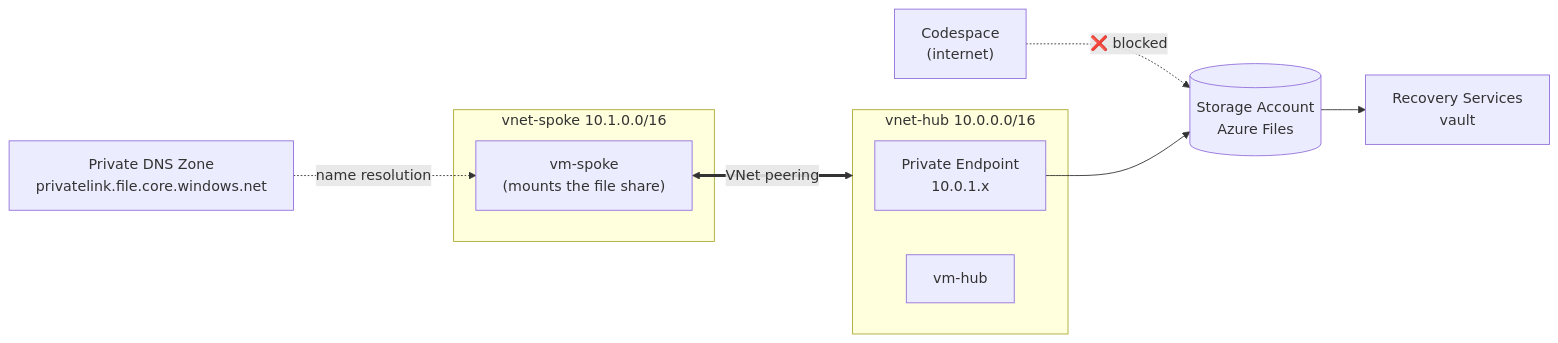
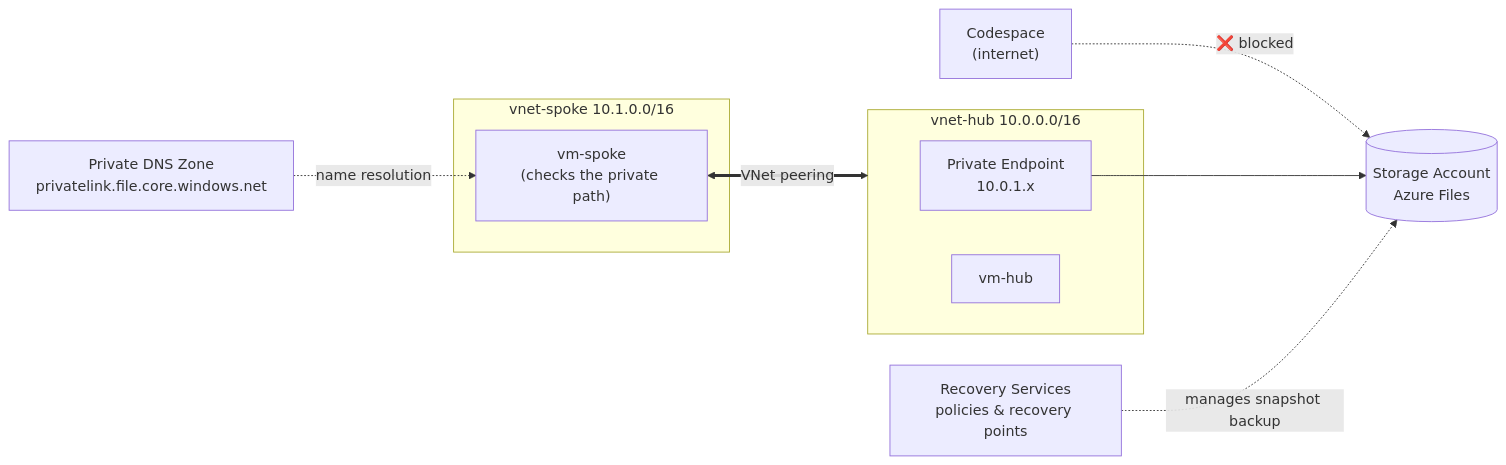
Before and after one commit to Taeyangmoon/azure-private-net-data-lab: the diagram in README.en.md, drawn with Mermaid. The commit also changed other lines of this file and 21 other files, not shown here.

````diff
--- a/README.en.md
+++ b/README.en.md
@@ -14,15 +16,15 @@
 ```mermaid
 flowchart LR
   CS["Codespace<br/>(internet)"] -. "❌ blocked" .-> SA
   subgraph Hub["vnet-hub 10.0.0.0/16"]
     PE["Private Endpoint<br/>10.0.1.x"]
     VH["vm-hub"]
   end
   subgraph Spoke["vnet-spoke 10.1.0.0/16"]
-    VS["vm-spoke<br/>(mounts the file share)"]
+    VS["vm-spoke<br/>(checks the private path)"]
   end
   VS <== "VNet peering" ==> Hub
   PE --> SA[("Storage Account<br/>Azure Files")]
-  SA --> RSV["Recovery Services<br/>vault"]
+  RSV["Recovery Services<br/>policies & recovery points"] -. "manages snapshot backup" .-> SA
   DNS["Private DNS Zone<br/>privatelink.file.core.windows.net"] -. "name resolution" .-> VS
 ```
````
